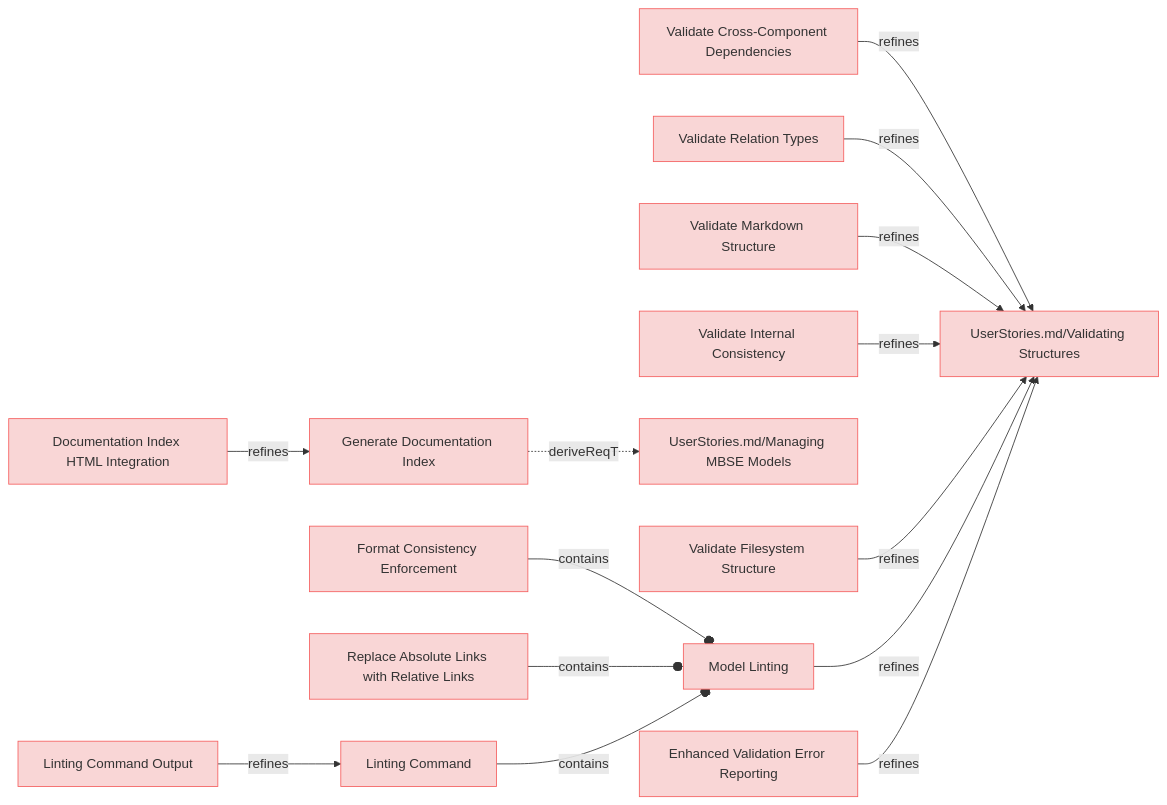
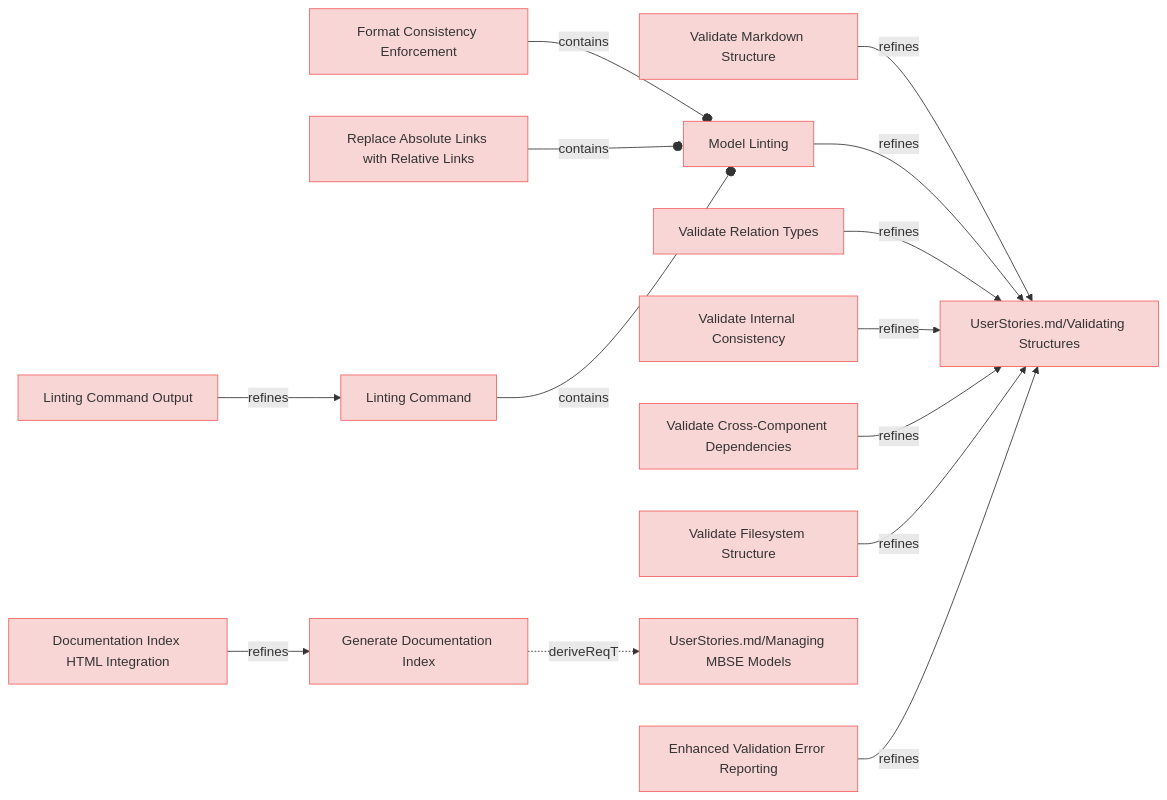
The third of 9 diagrams in specifications/UserRequirements.md (reqvire-org/reqvire), drawn with Mermaid before and after one commit. The commit also changed other lines of this file and 16 other files, not shown here.

````diff
--- a/specifications/UserRequirements.md
+++ b/specifications/UserRequirements.md
@@ -147,67 +147,67 @@
 ```mermaid
 graph LR;
   %% Graph styling
   classDef requirement fill:#f9d6d6,stroke:#f55f5f,stroke-width:1px;
   classDef verification fill:#d6f9d6,stroke:#5fd75f,stroke-width:1px;
   classDef externalLink fill:#d0e0ff,stroke:#3080ff,stroke-width:1px;
   classDef default fill:#f5f5f5,stroke:#333333,stroke-width:1px;
 
+  7ec3cb7f400a2e8d["Validate Markdown Structure"];
+  click 7ec3cb7f400a2e8d "https://github.com/Reqvire/reqvire/blob/92e82ef235559b4819fd85d700024b79b452d8e3/specifications/UserRequirements.md#validate-markdown-structure";
+  class 7ec3cb7f400a2e8d requirement;
+  a0f9571f6563d9d3["UserStories.md/Validating Structures"];
+  class a0f9571f6563d9d3 requirement;
+  click a0f9571f6563d9d3 "https://github.com/Reqvire/reqvire/blob/92e82ef235559b4819fd85d700024b79b452d8e3/specifications/UserStories.md#validating-structures";
+  7ec3cb7f400a2e8d -->|refines| a0f9571f6563d9d3;
   b5146db7aedfd66["Documentation Index HTML Integration"];
-  click b5146db7aedfd66 "https://github.com/Reqvire/reqvire/blob/b8c43d2689b933838bf1838d8a4cdf3393c9014f/specifications/UserRequirements.md#documentation-index-html-integration";
+  click b5146db7aedfd66 "https://github.com/Reqvire/reqvire/blob/92e82ef235559b4819fd85d700024b79b452d8e3/specifications/UserRequirements.md#documentation-index-html-integration";
   class b5146db7aedfd66 requirement;
   9019be8bfdc22b35["Generate Documentation Index"];
   class 9019be8bfdc22b35 requirement;
-  click 9019be8bfdc22b35 "https://github.com/Reqvire/reqvire/blob/b8c43d2689b933838bf1838d8a4cdf3393c9014f/specifications/UserRequirements.md#generate-documentation-index";
+  click 9019be8bfdc22b35 "https://github.com/Reqvire/reqvire/blob/92e82ef235559b4819fd85d700024b79b452d8e3/specifications/UserRequirements.md#generate-documentation-index";
   b5146db7aedfd66 -->|refines| 9019be8bfdc22b35;
-  1ddbeea0cf8eaad5["Format Consistency Enforcement"];
-  click 1ddbeea0cf8eaad5 "https://github.com/Reqvire/reqvire/blob/b8c43d2689b933838bf1838d8a4cdf3393c9014f/specifications/UserRequirements.md#format-consistency-enforcement";
-  class 1ddbeea0cf8eaad5 requirement;
   84c4dc11e82e8638["Model Linting"];
+  click 84c4dc11e82e8638 "https://github.com/Reqvire/reqvire/blob/92e82ef235559b4819fd85d700024b79b452d8e3/specifications/UserRequirements.md#model-linting";
   class 84c4dc11e82e8638 requirement;
-  click 84c4dc11e82e8638 "https://github.com/Reqvire/reqvire/blob/b8c43d2689b933838bf1838d8a4cdf3393c9014f/specifications/UserRequirements.md#model-linting";
-  1ddbeea0cf8eaad5 --o|contains| 84c4dc11e82e8638;
-  ee05a46627b568b7["Validate Cross-Component Dependencies"];
-  click ee05a46627b568b7 "https://github.com/Reqvire/reqvire/blob/b8c43d2689b933838bf1838d8a4cdf3393c9014f/specifications/UserRequirements.md#validate-cross-component-dependencies";
-  class ee05a46627b568b7 requirement;
-  a0f9571f6563d9d3["UserStories.md/Validating Structures"];
-  class a0f9571f6563d9d3 requirement;
-  click a0f9571f6563d9d3 "https://github.com/Reqvire/reqvire/blob/b8c43d2689b933838bf1838d8a4cdf3393c9014f/specifications/UserStories.md#validating-structures";
-  ee05a46627b568b7 -->|refines| a0f9571f6563d9d3;
+  84c4dc11e82e8638 -->|refines| a0f9571f6563d9d3;
   8a3ca9461643d887["Validate Relation Types"];
-  click 8a3ca9461643d887 "https://github.com/Reqvire/reqvire/blob/b8c43d2689b933838bf1838d8a4cdf3393c9014f/specifications/UserRequirements.md#validate-relation-types";
+  click 8a3ca9461643d887 "https://github.com/Reqvire/reqvire/blob/92e82ef235559b4819fd85d700024b79b452d8e3/specifications/UserRequirements.md#validate-relation-types";
   class 8a3ca9461643d887 requirement;
   8a3ca9461643d887 -->|refines| a0f9571f6563d9d3;
-  7ec3cb7f400a2e8d["Validate Markdown Structure"];
-  click 7ec3cb7f400a2e8d "https://github.com/Reqvire/reqvire/blob/b8c43d2689b933838bf1838d8a4cdf3393c9014f/specifications/UserRequirements.md#validate-markdown-structure";
-  class 7ec3cb7f400a2e8d requirement;
-  7ec3cb7f400a2e8d -->|refines| a0f9571f6563d9d3;
+  f9182ad2999d989c["Validate Internal Consistency"];
+  click f9182ad2999d989c "https://github.com/Reqvire/reqvire/blob/92e82ef235559b4819fd85d700024b79b452d8e3/specifications/UserRequirements.md#validate-internal-consistency";
+  class f9182ad2999d989c requirement;
+  f9182ad2999d989c -->|refines| a0f9571f6563d9d3;
+  ee05a46627b568b7["Validate Cross-Component Dependencies"];
+  click ee05a46627b568b7 "https://github.com/Reqvire/reqvire/blob/92e82ef235559b4819fd85d700024b79b452d8e3/specifications/UserRequirements.md#validate-cross-component-dependencies";
+  class ee05a46627b568b7 requirement;
+  ee05a46627b568b7 -->|refines| a0f9571f6563d9d3;
+  c390b990a63def2a["Validate Filesystem Structure"];
+  click c390b990a63def2a "https://github.com/Reqvire/reqvire/blob/92e82ef235559b4819fd85d700024b79b452d8e3/specifications/UserRequirements.md#validate-filesystem-structure";
+  class c390b990a63def2a requirement;
+  c390b990a63def2a -->|refines| a0f9571f6563d9d3;
+  1ddbeea0cf8eaad5["Format Consistency Enforcement"];
+  click 1ddbeea0cf8eaad5 "https://github.com/Reqvire/reqvire/blob/92e82ef235559b4819fd85d700024b79b452d8e3/specifications/UserRequirements.md#format-consistency-enforcement";
+  class 1ddbeea0cf8eaad5 requirement;
+  1ddbeea0cf8eaad5 --o|contains| 84c4dc11e82e8638;
+  229bb675bac39dc9["Replace Absolute Links with Relative Links"];
+  click 229bb675bac39dc9 "https://github.com/Reqvire/reqvire/blob/92e82ef235559b4819fd85d700024b79b452d8e3/specifications/UserRequirements.md#replace-absolute-links-with-relative-links";
+  class 229bb675bac39dc9 requirement;
+  229bb675bac39dc9 --o|contains| 84c4dc11e82e8638;
+  28b0f9fa78937e61["Linting Command"];
+  click 28b0f9fa78937e61 "https://github.com/Reqvire/reqvire/blob/92e82ef235559b4819fd85d700024b79b452d8e3/specifications/UserRequirements.md#linting-command";
+  class 28b0f9fa78937e61 requirement;
+  28b0f9fa78937e61 --o|contains| 84c4dc11e82e8638;
   c75ac8fa29479ca5["UserStories.md/Managing MBSE Models"];
   class c75ac8fa29479ca5 requirement;
-  click c75ac8fa29479ca5 "https://github.com/Reqvire/reqvire/blob/b8c43d2689b933838bf1838d8a4cdf3393c9014f/specifications/UserStories.md#managing-mbse-models";
+  click c75ac8fa29479ca5 "https://github.com/Reqvire/reqvire/blob/92e82ef235559b4819fd85d700024b79b452d8e3/specifications/UserStories.md#managing-mbse-models";
   9019be8bfdc22b35 -.->|deriveReqT| c75ac8fa29479ca5;
-  229bb675bac39dc9["Replace Absolute Links with Relative Links"];
-  click 229bb675bac39dc9 "https://github.com/Reqvire/reqvire/blob/b8c43d2689b933838bf1838d8a4cdf3393c9014f/specifications/UserRequirements.md#replace-absolute-links-with-relative-links";
-  class 229bb675bac39dc9 requirement;
-  229bb675bac39dc9 --o|contains| 84c4dc11e82e8638;
-  f9182ad2999d989c["Validate Internal Consistency"];
-  click f9182ad2999d989c "https://github.com/Reqvire/reqvire/blob/b8c43d2689b933838bf1838d8a4cdf3393c9014f/specifications/UserRequirements.md#validate-internal-consistency";
-  class f9182ad2999d989c requirement;
-  f9182ad2999d989c -->|refines| a0f9571f6563d9d3;
-  28b0f9fa78937e61["Linting Command"];
-  click 28b0f9fa78937e61 "https://github.com/Reqvire/reqvire/blob/b8c43d2689b933838bf1838d8a4cdf3393c9014f/specifications/UserRequirements.md#linting-command";
-  class 28b0f9fa78937e61 requirement;
-  28b0f9fa78937e61 --o|contains| 84c4dc11e82e8638;
-  c390b990a63def2a["Validate Filesystem Structure"];
-  click c390b990a63def2a "https://github.com/Reqvire/reqvire/blob/b8c43d2689b933838bf1838d8a4cdf3393c9014f/specifications/UserRequirements.md#validate-filesystem-structure";
-  class c390b990a63def2a requirement;
-  c390b990a63def2a -->|refines| a0f9571f6563d9d3;
-  84c4dc11e82e8638 -->|refines| a0f9571f6563d9d3;
   62c066a5aad4dafe["Linting Command Output"];
-  click 62c066a5aad4dafe "https://github.com/Reqvire/reqvire/blob/b8c43d2689b933838bf1838d8a4cdf3393c9014f/specifications/UserRequirements.md#linting-command-output";
+  click 62c066a5aad4dafe "https://github.com/Reqvire/reqvire/blob/92e82ef235559b4819fd85d700024b79b452d8e3/specifications/UserRequirements.md#linting-command-output";
   class 62c066a5aad4dafe requirement;
   62c066a5aad4dafe -->|refines| 28b0f9fa78937e61;
   3d2fe0b05ff9c8e3["Enhanced Validation Error Reporting"];
-  click 3d2fe0b05ff9c8e3 "https://github.com/Reqvire/reqvire/blob/b8c43d2689b933838bf1838d8a4cdf3393c9014f/specifications/UserRequirements.md#enhanced-validation-error-reporting";
+  click 3d2fe0b05ff9c8e3 "https://github.com/Reqvire/reqvire/blob/92e82ef235559b4819fd85d700024b79b452d8e3/specifications/UserRequirements.md#enhanced-validation-error-reporting";
   class 3d2fe0b05ff9c8e3 requirement;
   3d2fe0b05ff9c8e3 -->|refines| a0f9571f6563d9d3;
 ```
````
